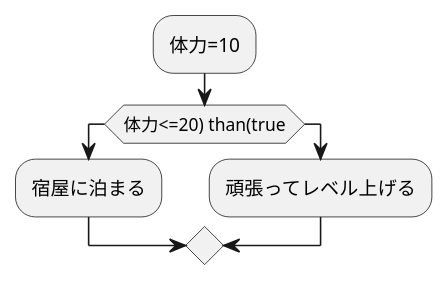
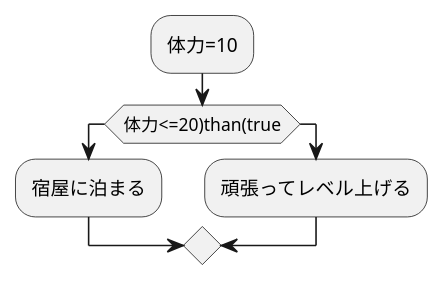
The diagram in kadai2.md (Aso2001147/2021sys-design), drawn with PlantUML before and after one commit.

````diff
--- a/kadai2.md
+++ b/kadai2.md
@@ -1,11 +1,11 @@
 ```uml
 @startuml
 
 :体力=10;
-if(体力<=20) than(true)
+if(体力<=20)than(true)
 :宿屋に泊まる;
 else
 :頑張ってレベル上げる;
 
 @enduml
 ```
````
